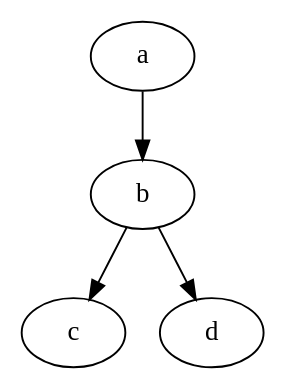
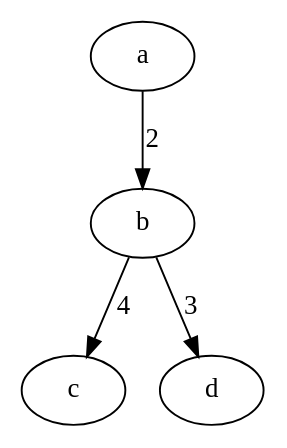
The diagram in data/digraph1.gv (NathamFernandes/grafos-2-unidade), drawn with Graphviz before and after one commit. The commit also changed 2 other files, not shown here.

```diff
--- a/data/digraph1.gv
+++ b/data/digraph1.gv
@@ -1,4 +1,5 @@
 digraph dg1 {
-    a -> b -> c;
-    b -> d;
+    a -> b [label=2];
+    b -> c [label=4];
+    b -> d [label=3];
 }
```
